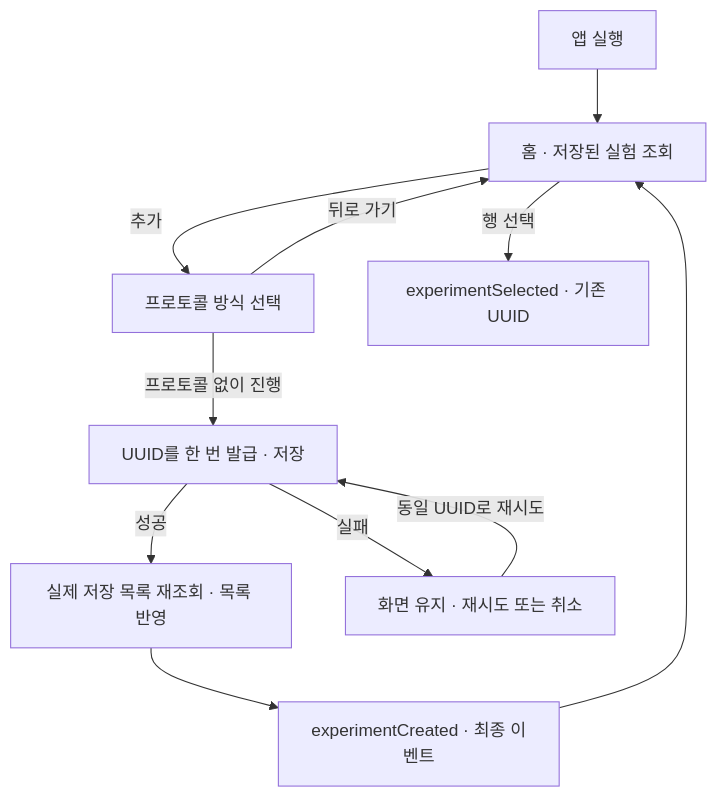
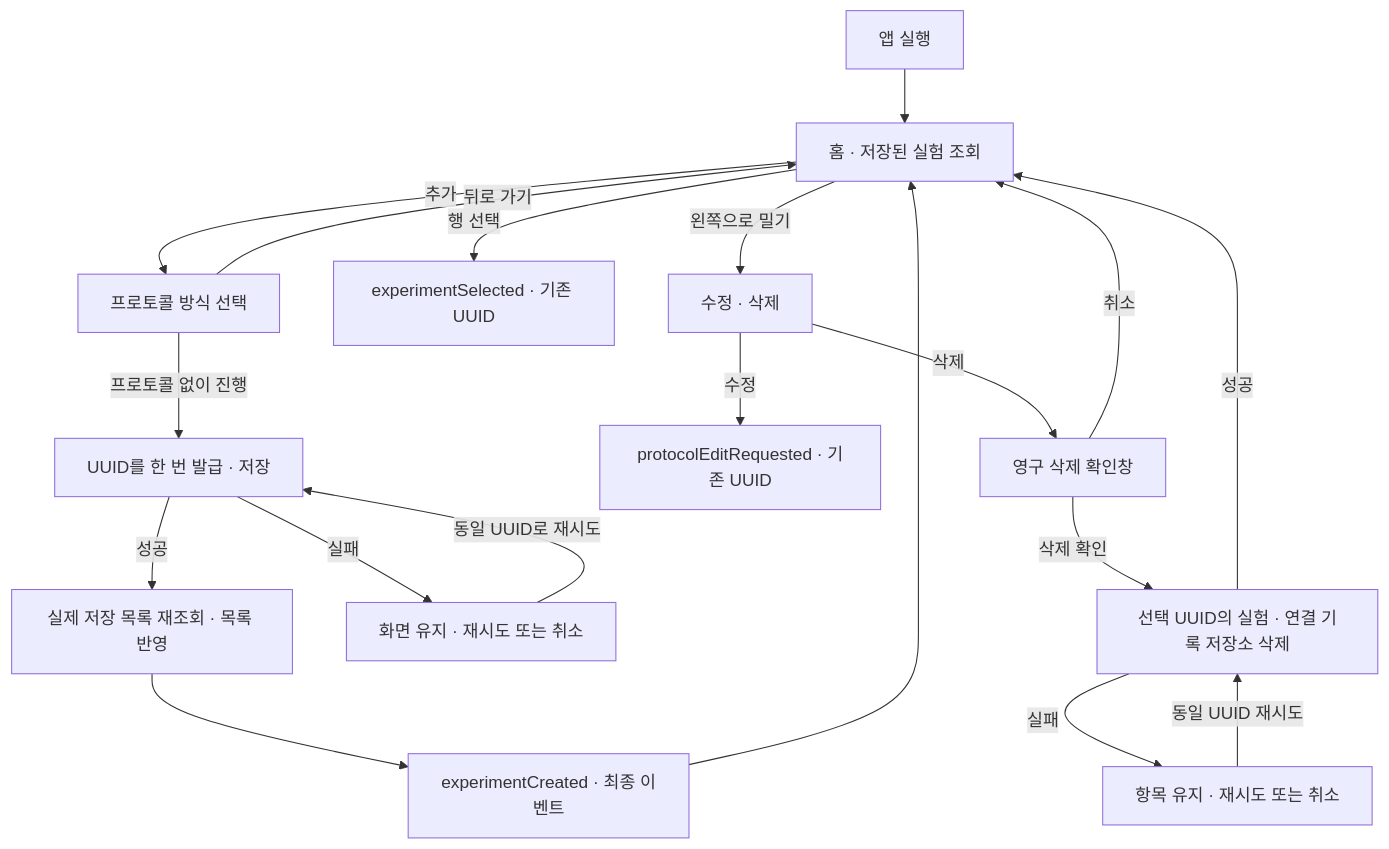
The first of 2 diagrams in docs/experiment-entry.md (DeveloperAcademy-POSTECH/2026-C6-M09-Labcord), drawn with Mermaid before and after one commit. The commit also changed other lines of this file and 9 other files, not shown here.

````diff
--- a/docs/experiment-entry.md
+++ b/docs/experiment-entry.md
@@ -12,13 +12,21 @@
 ```mermaid
 flowchart TD
     Launch[앱 실행] --> Home[홈 · 저장된 실험 조회]
     Home -->|추가| Registration[프로토콜 방식 선택]
     Registration -->|뒤로 가기| Home
     Registration -->|프로토콜 없이 진행| Save[UUID를 한 번 발급 · 저장]
     Save -->|성공| Refresh[실제 저장 목록 재조회 · 목록 반영]
     Refresh --> Created[experimentCreated · 최종 이벤트]
     Created --> Home
     Save -->|실패| Retry[화면 유지 · 재시도 또는 취소]
     Retry -->|동일 UUID로 재시도| Save
     Home -->|행 선택| Selected[experimentSelected · 기존 UUID]
+    Home -->|왼쪽으로 밀기| Actions[수정 · 삭제]
+    Actions -->|수정| Edit[protocolEditRequested · 기존 UUID]
+    Actions -->|삭제| Confirm[영구 삭제 확인창]
+    Confirm -->|취소| Home
+    Confirm -->|삭제 확인| Delete[선택 UUID의 실험 · 연결 기록 저장소 삭제]
+    Delete -->|성공| Home
+    Delete -->|실패| DeleteError[항목 유지 · 재시도 또는 취소]
+    DeleteError -->|동일 UUID 재시도| Delete
 ```
````
